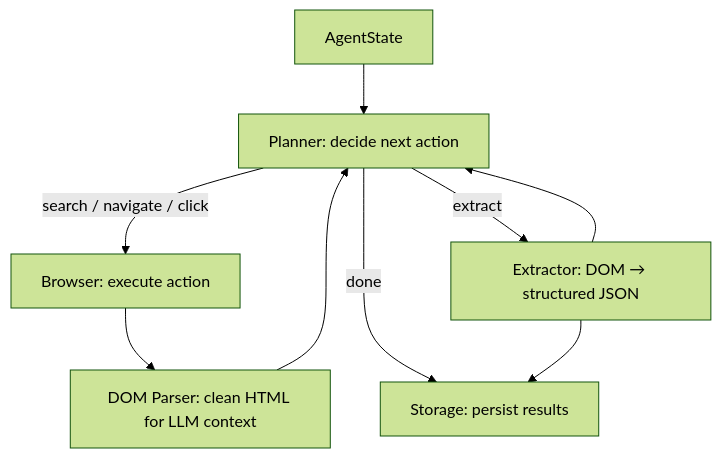
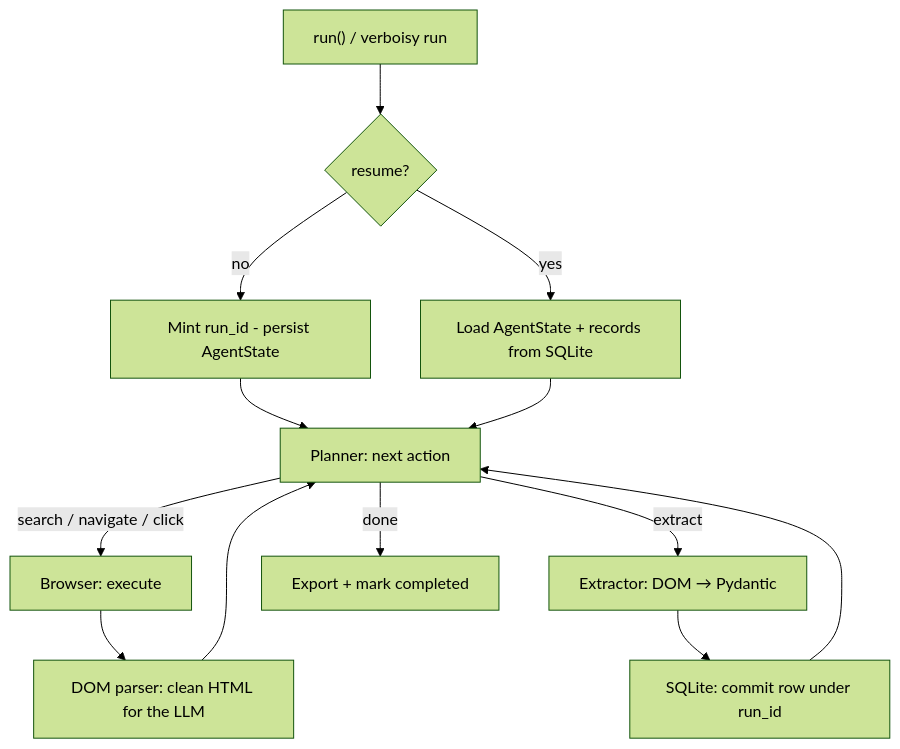
The diagram in ARCHITECTURE.md (EmanueleTorrisi/verboisy), drawn with Mermaid (forest theme) before and after one commit. The commit also changed other lines of this file and 2 other files, not shown here.

Commit message:
docs: polish ARCHITECTURE.md

````diff
--- a/ARCHITECTURE.md
+++ b/ARCHITECTURE.md
@@ -11,11 +53,15 @@
 ```mermaid
 flowchart TD
-    A[AgentState] --> B[Planner: decide next action]
-    B -->|search / navigate / click| C[Browser: execute action]
-    B -->|extract| E[Extractor: DOM → structured JSON]
-    B -->|done| F[Storage: persist results]
-    C --> D[DOM Parser: clean HTML for LLM context]
-    D --> B
-    E --> F
-    E --> B
+    Start["run() / verboisy run"] --> R{resume?}
+    R -->|no| Init[Mint run_id - persist AgentState]
+    R -->|yes| Restore[Load AgentState + records from SQLite]
+    Init --> P
+    Restore --> P
+    P[Planner: next action] -->|search / navigate / click| B[Browser: execute]
+    P -->|extract| X[Extractor: DOM → Pydantic]
+    P -->|done| Out[Export + mark completed]
+    B --> D[DOM parser: clean HTML for the LLM]
+    D --> P
+    X --> S[SQLite: commit row under run_id]
+    S --> P
 ```
````
